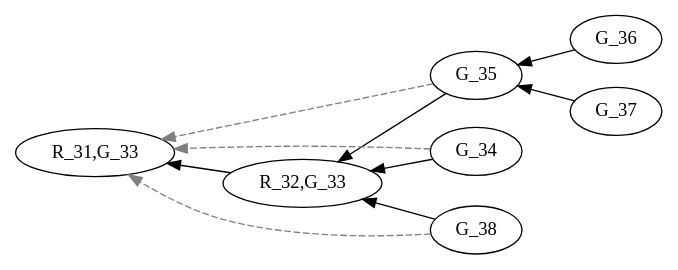
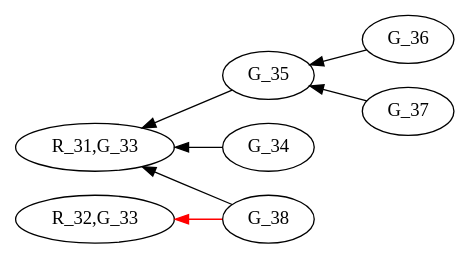
One commit to EulerProject/EulerX changed the diagram in example/output/RAB_Godfrey/RAB_Godfrey.dot. Above: the diagram before and after it, drawn with Graphviz. The commit also changed 5 other files, not shown here.

```diff
--- a/example/output/RAB_Godfrey/RAB_Godfrey.dot
+++ b/example/output/RAB_Godfrey/RAB_Godfrey.dot
@@ -1,14 +1,11 @@
 digraph {
 
 rankdir = RL
 
 "G_36" -> "G_35" [style=filled, color=black];
 "G_37" -> "G_35" [style=filled, color=black];
-"G_34" -> "R_32,G_33" [style=filled, color=black];
-"G_35" -> "R_32,G_33" [style=filled, color=black];
-"G_38" -> "R_32,G_33" [style=filled, color=black];
-"R_32,G_33" -> "R_31,G_33" [style=filled, color=black];
-"G_34" -> "R_31,G_33" [style=dashed, color=grey];
-"G_35" -> "R_31,G_33" [style=dashed, color=grey];
-"G_38" -> "R_31,G_33" [style=dashed, color=grey];
+"G_34" -> "R_31,G_33" [style=filled, color=black];
+"G_35" -> "R_31,G_33" [style=filled, color=black];
+"G_38" -> "R_31,G_33" [style=filled, color=black];
+"G_38" -> "R_32,G_33" [style=filled, color=red];
 }
```
